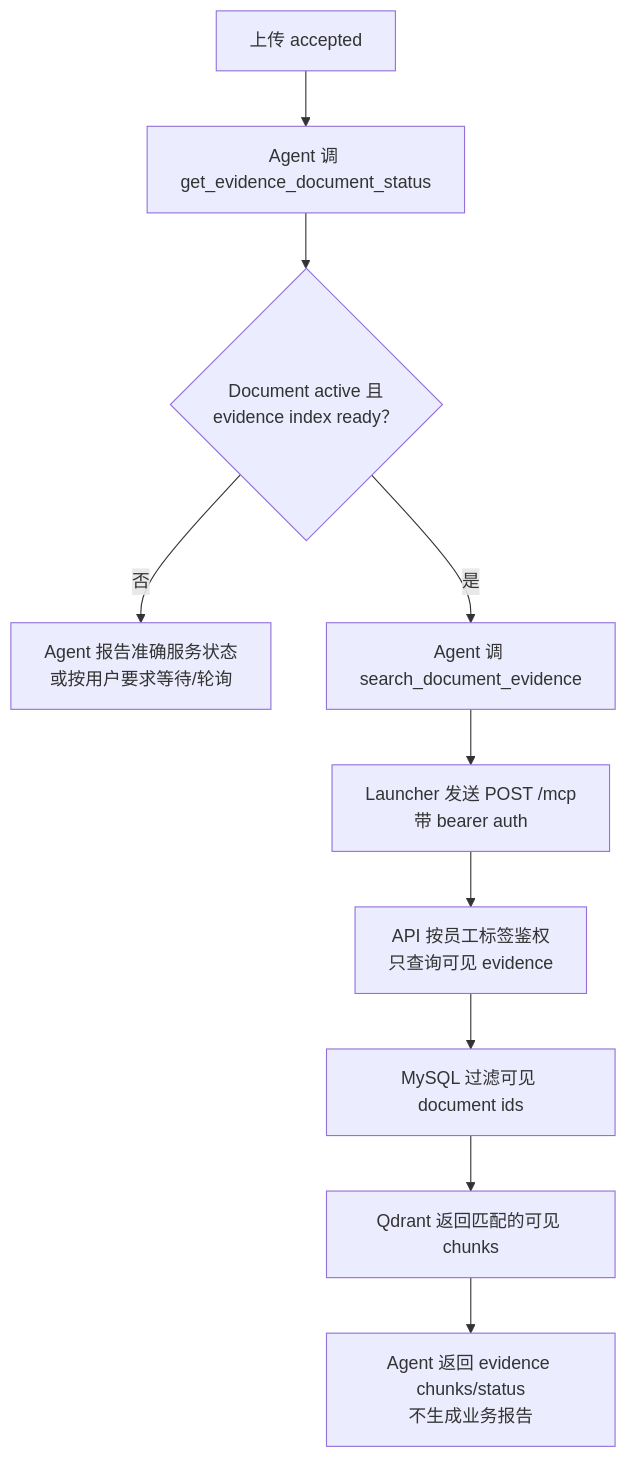
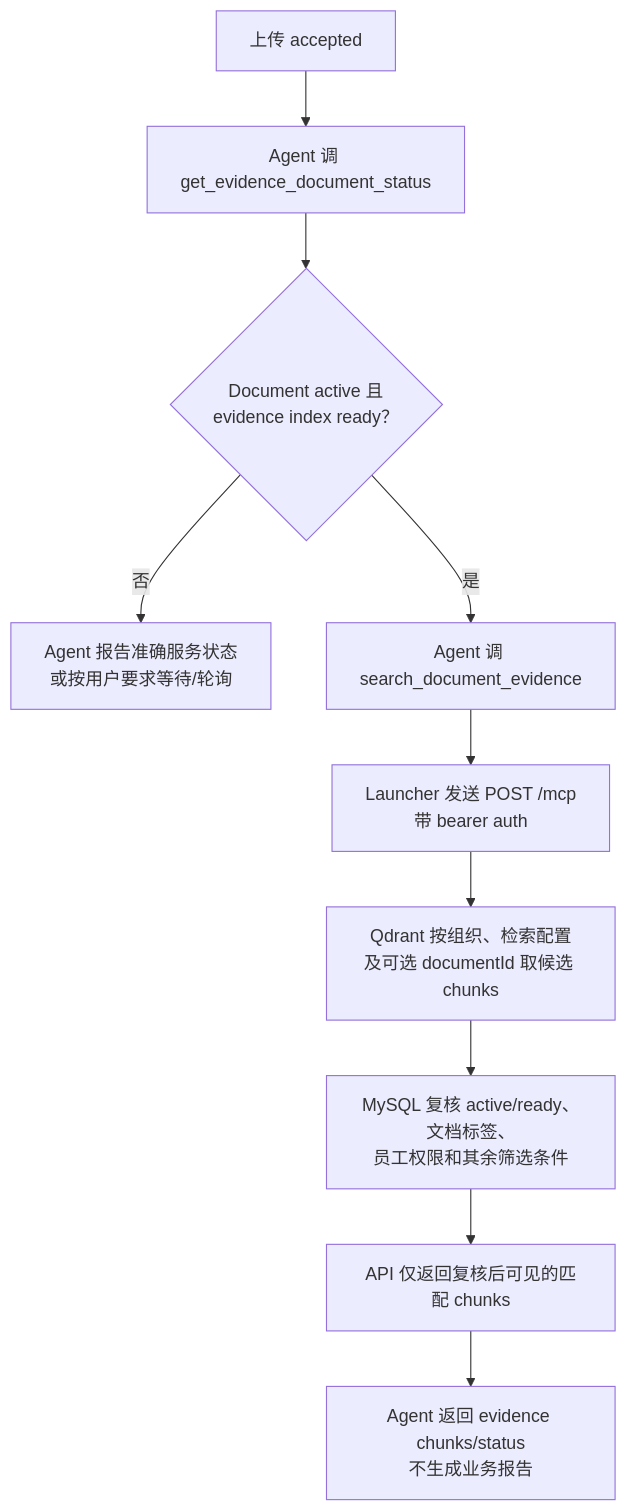
One commit to YinXiaoyu-1998/SME_DATA_CENTER changed the fifth of 5 diagrams in docs/implementation/mcp-user-flow.zh.md. Above: the diagram before and after it, drawn with Mermaid. The commit also changed 2 other files, not shown here.

Commit message:
docs: correct MCP flow references

````diff
--- a/docs/implementation/mcp-user-flow.zh.md
+++ b/docs/implementation/mcp-user-flow.zh.md
@@ -204,12 +204,12 @@
 ```mermaid
 flowchart TD
   A["上传 accepted"] --> B["Agent 调 get_evidence_document_status"]
   B --> C{"Document active 且<br/>evidence index ready？"}
   C -->|"否"| D["Agent 报告准确服务状态<br/>或按用户要求等待/轮询"]
   C -->|"是"| E["Agent 调 search_document_evidence"]
   E --> F["Launcher 发送 POST /mcp<br/>带 bearer auth"]
-  F --> G["API 按员工标签鉴权<br/>只查询可见 evidence"]
-  G --> H["MySQL 过滤可见 document ids"]
-  H --> I["Qdrant 返回匹配的可见 chunks"]
+  F --> G["Qdrant 按组织、检索配置<br/>及可选 documentId 取候选 chunks"]
+  G --> H["MySQL 复核 active/ready、文档标签、<br/>员工权限和其余筛选条件"]
+  H --> I["API 仅返回复核后可见的匹配 chunks"]
   I --> J["Agent 返回 evidence chunks/status<br/>不生成业务报告"]
 ```
````
